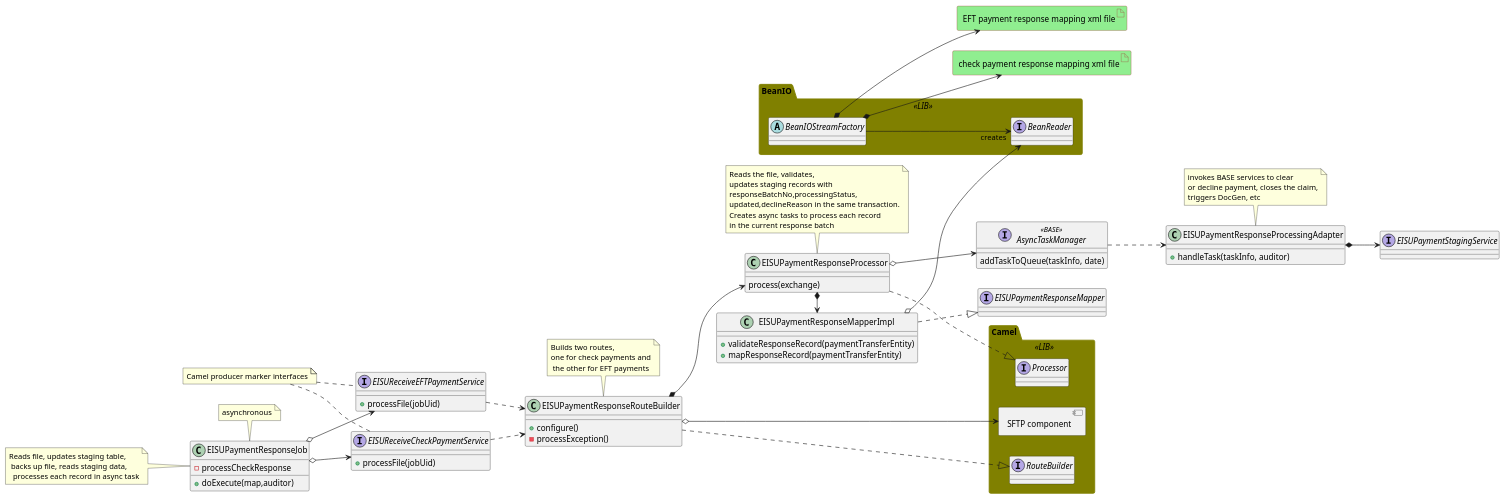
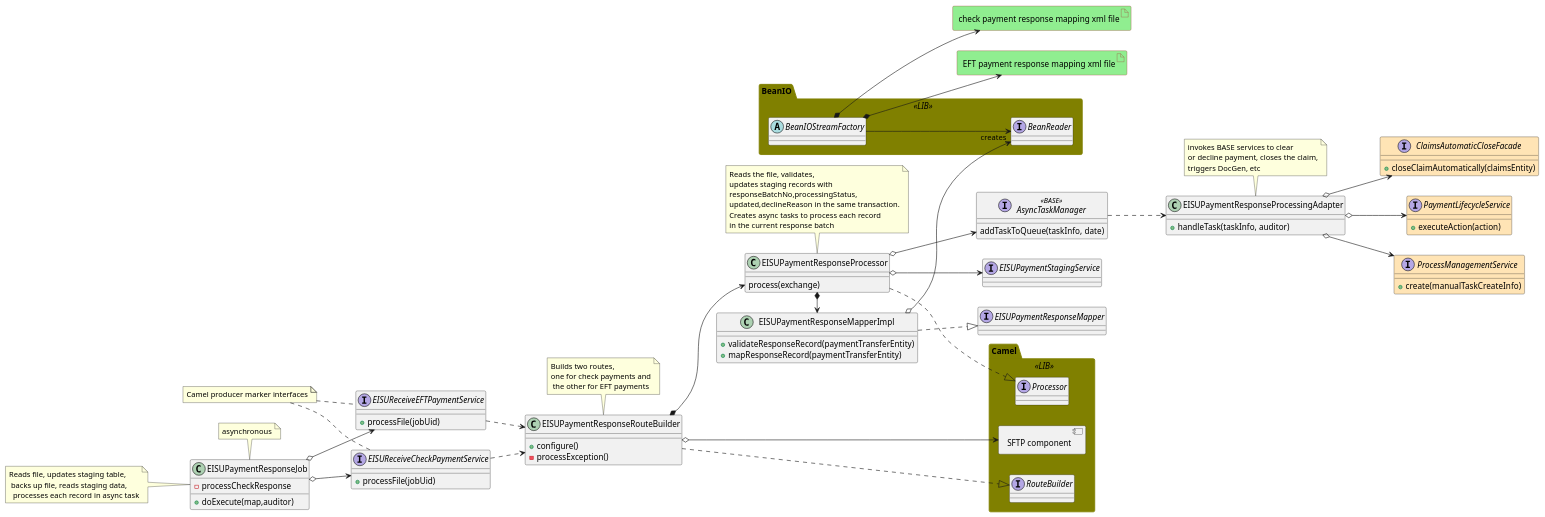
Before and after one commit to evgueni-spb/bootcamp: the diagram in payment-response-class.puml, drawn with PlantUML. The commit also changed 6 other files, not shown here.

Commit message:
updated diagrams

```diff
--- a/payment-response-class.puml
+++ b/payment-response-class.puml
@@ -1,161 +1,175 @@
 @startuml
 allowmixing
 
 left to right direction
 
 
 
 skinparam package {
   BackgroundColor<<LIB>> olive
   BorderColor<<LIB>> olive
 }
 
 skinparam artifact {
   BackgroundColor lightgreen
   BorderColor brown
 }
 
 
 interface EISUPaymentStagingService
 
 
 class EISUPaymentResponseJob {
 +doExecute(map,auditor)
 -processCheckResponse
 }
 note "asynchronous" as S
 S . EISUPaymentResponseJob
 
 note as PR
 Reads file, updates staging table,
  backs up file, reads staging data,
   processes each record in async task
 end note
 
 PR .. EISUPaymentResponseJob
 
 EISUPaymentResponseJob o--> EISUReceiveCheckPaymentService
 EISUPaymentResponseJob o--> EISUReceiveEFTPaymentService
 
 
 interface EISUReceiveCheckPaymentService {
 +processFile(jobUid)
 }
 
 note "Camel producer marker interfaces" as P
 P .. EISUReceiveCheckPaymentService
 P . EISUReceiveEFTPaymentService
 
 interface EISUReceiveEFTPaymentService {
 +processFile(jobUid)
 }
 
 EISUReceiveCheckPaymentService ..> EISUPaymentResponseRouteBuilder
 EISUReceiveEFTPaymentService ..> EISUPaymentResponseRouteBuilder
 
 package Camel <<LIB>> {
 component "SFTP component"
 interface RouteBuilder
 interface Processor
 }
 
 
 class EISUPaymentResponseRouteBuilder {
 +configure()
 -processException()
 }
 
 note as B
  Builds two routes,
  one for check payments and
   the other for EFT payments
 end note
 B . EISUPaymentResponseRouteBuilder
 
 EISUPaymentResponseRouteBuilder ..|> RouteBuilder
 EISUPaymentResponseRouteBuilder *--> EISUPaymentResponseProcessor
 EISUPaymentResponseRouteBuilder o--> "SFTP component"
 
 
+interface ClaimsAutomaticCloseFacade  #moccasin{
++closeClaimAutomatically(claimsEntity)
+}
 
+interface PaymentLifecycleService  #moccasin{
++executeAction(action)
+}
+
+interface ProcessManagementService #moccasin{
++create(manualTaskCreateInfo)
+}
+
+EISUPaymentResponseProcessingAdapter o--> ProcessManagementService
+EISUPaymentResponseProcessingAdapter o--> ClaimsAutomaticCloseFacade
+EISUPaymentResponseProcessingAdapter o--> PaymentLifecycleService
 
 
 interface EISUPaymentResponseMapper {
 
 }
 
 class EISUPaymentResponseMapperImpl {
 +validateResponseRecord(paymentTransferEntity)
 +mapResponseRecord(paymentTransferEntity)
 }
 
 
 EISUPaymentResponseMapperImpl ..|>  EISUPaymentResponseMapper
 
 
 class EISUPaymentResponseProcessor{
 process(exchange)
 }
 
 note as PRP
  Reads the file, validates,
  updates staging records with
  responseBatchNo,processingStatus,
  updated,declineReason in the same transaction.
  Creates async tasks to process each record
  in the current response batch
 end note
 
 PRP . EISUPaymentResponseProcessor
 
 interface AsyncTaskManager<<BASE>> {
 addTaskToQueue(taskInfo, date)
 }
 
 EISUPaymentResponseProcessor o--> AsyncTaskManager
 
 class EISUPaymentResponseProcessingAdapter {
 +handleTask(taskInfo, auditor)
 }
 
-EISUPaymentResponseProcessingAdapter *--> EISUPaymentStagingService
+EISUPaymentResponseProcessor o--> EISUPaymentStagingService
 
 note as PRA
  invokes BASE services to clear
  or decline payment, closes the claim,
  triggers DocGen, etc
 end note
 
 PRA . EISUPaymentResponseProcessingAdapter
 
 AsyncTaskManager ..> EISUPaymentResponseProcessingAdapter
 
 EISUPaymentResponseProcessor ..|> Processor
 
 
 
 EISUPaymentResponseProcessor *-> EISUPaymentResponseMapperImpl
 
 package BeanIO <<LIB>> {
 abstract class BeanIOStreamFactory
 interface BeanReader
 
 
 BeanIOStreamFactory --> "creates" BeanReader
 }
 
 artifact "EFT payment response mapping xml file"
 artifact "check payment response mapping xml file"
 
 
 BeanIOStreamFactory *-->  "EFT payment response mapping xml file"
 BeanIOStreamFactory *--> "check payment response mapping xml file"
 
 
 EISUPaymentResponseMapperImpl o--> BeanReader
 
 
 
 
 
 @enduml
```
